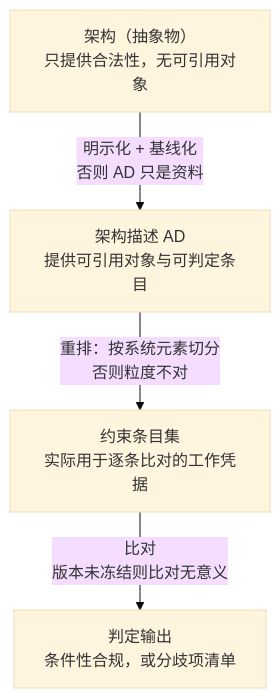
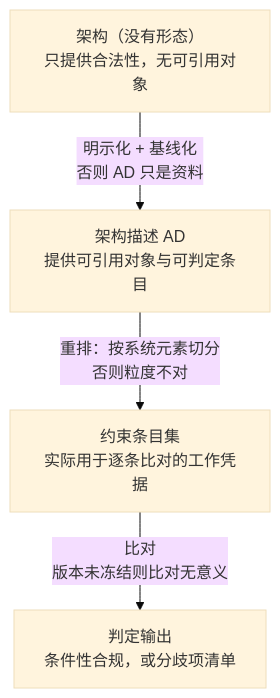
The seventh of 11 diagrams in 100-subprojects/01-系统工程研究/00-系统工程相关研究报告/24-架构与设计边界对话记录-从定义辨析到架构视角与架构视图.md (Yongjunzhou/AOS-system-design), drawn with Mermaid (base theme) before and after one commit. The commit also changed other lines of this file and 177 other files, not shown here.

````diff
--- a/100-subprojects/01-系统工程研究/00-系统工程相关研究报告/24-架构与设计边界对话记录-从定义辨析到架构视角与架构视图.md
+++ b/100-subprojects/01-系统工程研究/00-系统工程相关研究报告/24-架构与设计边界对话记录-从定义辨析到架构视角与架构视图.md
@@ -699,10 +700,10 @@
 ```mermaid
 flowchart TD
-    L1["架构（抽象物）<br/>只提供合法性，无可引用对象"]
+    L1["架构（没有形态）<br/>只提供合法性，无可引用对象"]
     L2["架构描述 AD<br/>提供可引用对象与可判定条目"]
     L3["约束条目集<br/>实际用于逐条比对的工作凭据"]
     L4["判定输出<br/>条件性合规，或分歧项清单"]
     L1 -->|"明示化 + 基线化<br/>否则 AD 只是资料"| L2
     L2 -->|"重排：按系统元素切分<br/>否则粒度不对"| L3
     L3 -->|"比对<br/>版本未冻结则比对无意义"| L4
 ```
````
